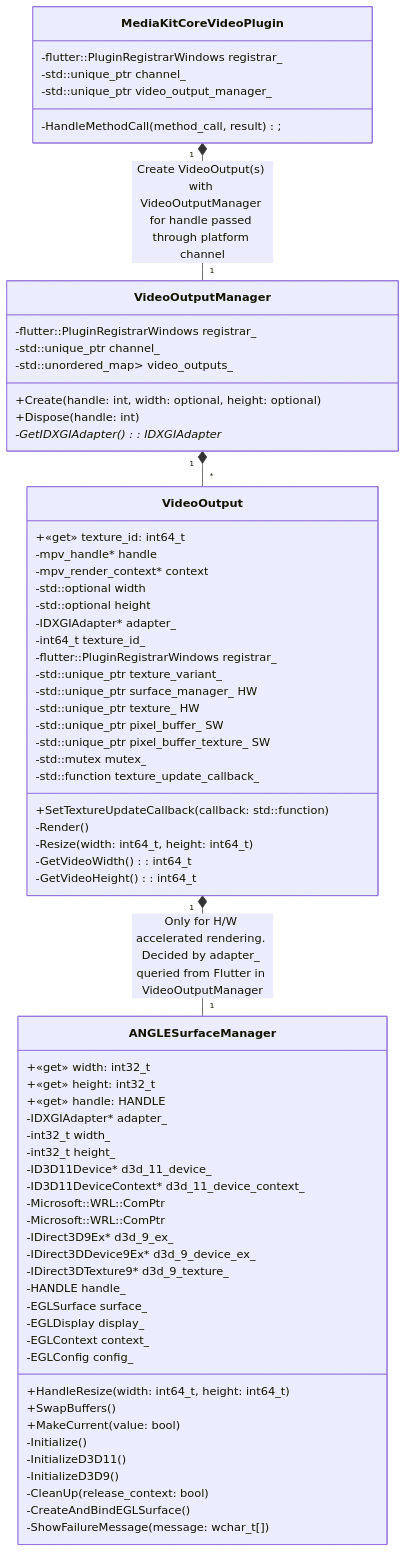
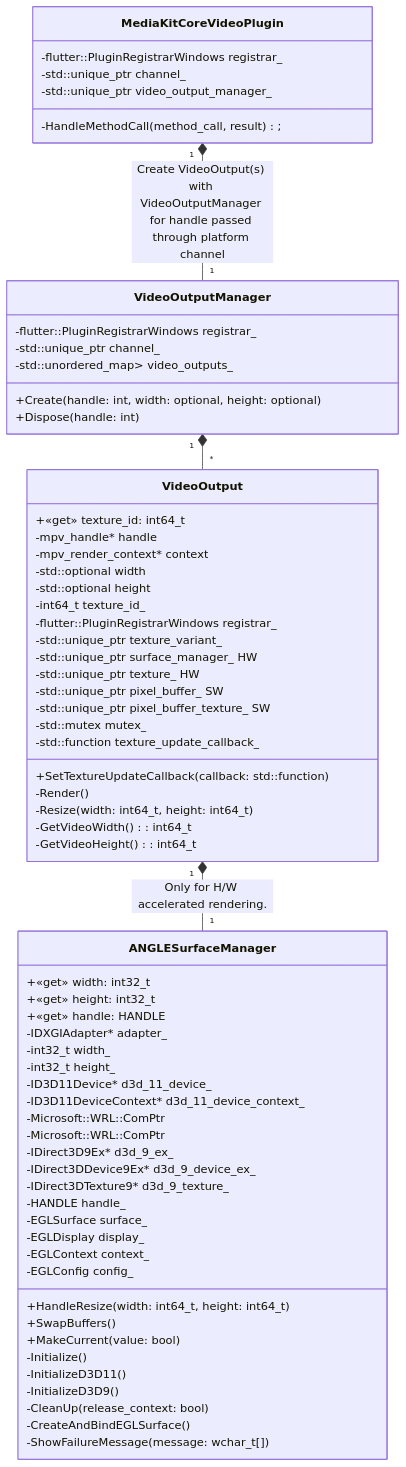
Before and after one commit to media-kit/media-kit: the second of 2 diagrams in README.md, drawn with Mermaid. The commit also changed other lines of this file, not shown here.

Commit message:
docs: update class diagram

```diff
--- a/README.md
+++ b/README.md
@@ -395,7 +395,7 @@
 
   MediaKitCoreVideoPlugin "1" *-- "1" VideoOutputManager: Create VideoOutput(s) with VideoOutputManager for handle passed through platform channel
   VideoOutputManager "1" *-- "*" VideoOutput
-  VideoOutput "1" *-- "1" ANGLESurfaceManager: Only for H/W accelerated rendering. Decided by adapter_ queried from Flutter in VideoOutputManager
+  VideoOutput "1" *-- "1" ANGLESurfaceManager: Only for H/W accelerated rendering.
 
   class MediaKitCoreVideoPlugin {
     -flutter::PluginRegistrarWindows registrar_
@@ -407,7 +407,6 @@
   class VideoOutputManager {
     +Create(handle: int, width: optional<int>, height: optional<int>)
     +Dispose(handle: int)
-    -GetIDXGIAdapter(): IDXGIAdapter*
 
     -flutter::PluginRegistrarWindows registrar_
     -std::unique_ptr<MethodChannel> channel_
@@ -420,7 +419,6 @@
     -mpv_render_context* context
     -std::optional<int64_t> width
     -std::optional<int64_t> height
-    -IDXGIAdapter* adapter_
     -int64_t texture_id_
     -flutter::PluginRegistrarWindows registrar_
     -std::unique_ptr<flutter::TextureVariant> texture_variant_
```
